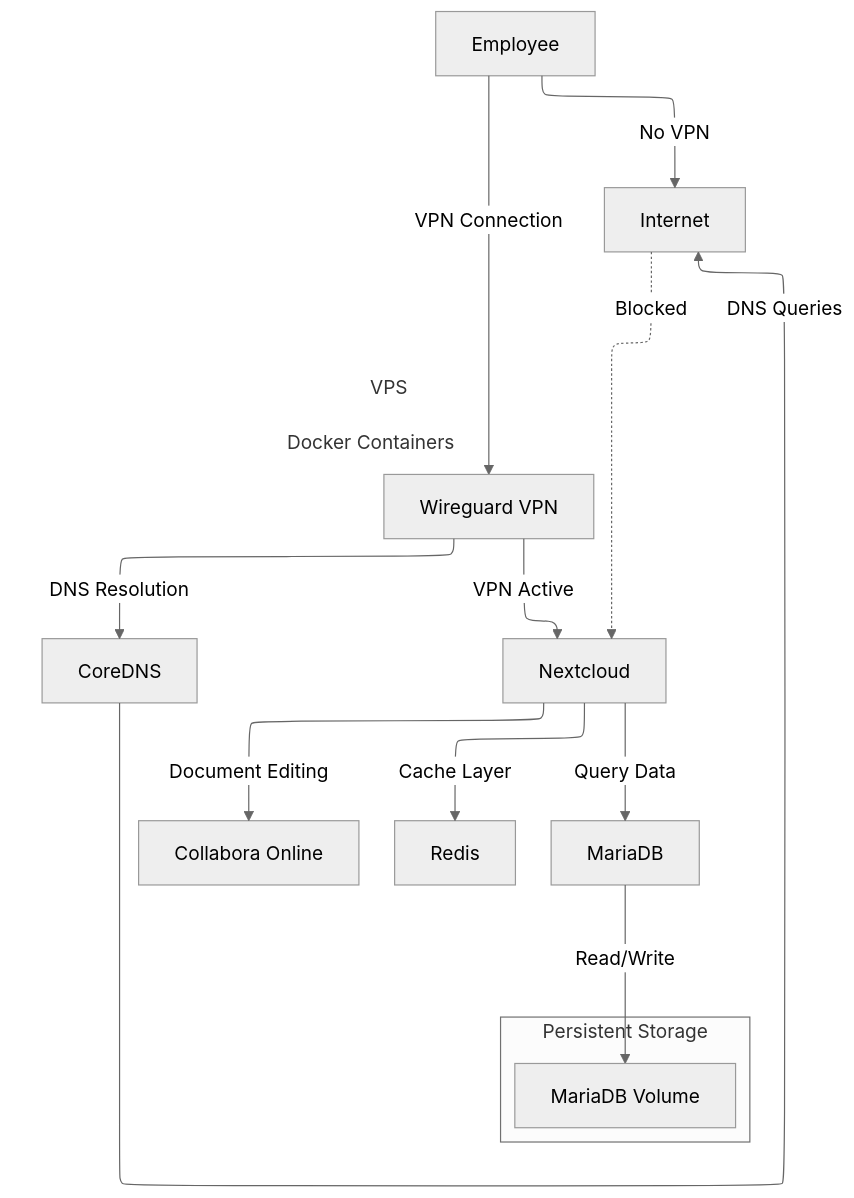
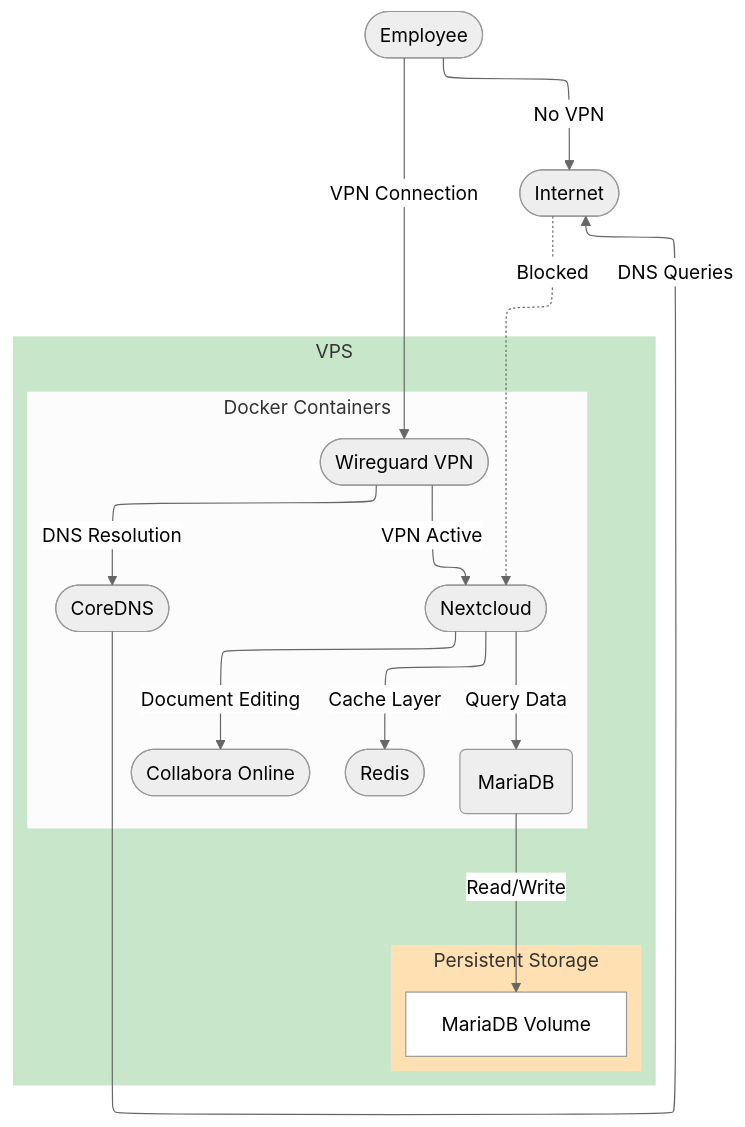
The diagram in AGRUPA-cloud.md (andretaborda1806/AGRUPA-cloud), drawn with Mermaid before and after one commit.

Commit message:
Update flowchart syntax in AGRUPA-cloud.md

````diff
--- a/AGRUPA-cloud.md
+++ b/AGRUPA-cloud.md
@@ -18,36 +18,39 @@
 ```mermaid
 ---
 config:
   layout: elk
   theme: neutral
 ---
 flowchart TB
  subgraph Containers["Docker Containers"]
-        NC["Nextcloud"]
-        WG["Wireguard VPN"]
+        NC(["Nextcloud"])
+        WG(["Wireguard VPN"])
         MDB["MariaDB"]
-        RD["Redis"]
-        CO["Collabora Online"]
-        CD["CoreDNS"]
+        RD(["Redis"])
+        CO(["Collabora Online"])
+        CD(["CoreDNS"])
   end
  subgraph Storage["Persistent Storage"]
         VOL["MariaDB Volume"]
   end
  subgraph VPS["VPS"]
         Containers
         Storage
   end
-    EMP["Employee"] -- VPN Connection --> WG
+    EMP(["Employee"]) -- VPN Connection --> WG
     WG -- VPN Active --> NC
     NC -- Query Data --> MDB
     MDB -- Read/Write --> VOL
     NC -- Cache Layer --> RD
     NC -- Document Editing --> CO
     WG -- DNS Resolution --> CD
-    CD -- DNS Queries --> INT["Internet"]
+    CD -- DNS Queries --> INT(["Internet"])
     EMP -- No VPN --> INT
     INT -. Blocked .-> NC
 
-    style Containers fill:transparent,stroke:#ffffff
-    style VPS fill:transparent,stroke:#ffffff
+    MDB@{ shape: rounded}
+    style VOL fill:#ffffff
+    style Containers fill:#fcfcfc,stroke:#fcfcfc
+    style Storage fill:#FFE0B2,stroke:#FFE0B2
+    style VPS fill:#C8E6C9,stroke:#C8E6C9
 ```
````
